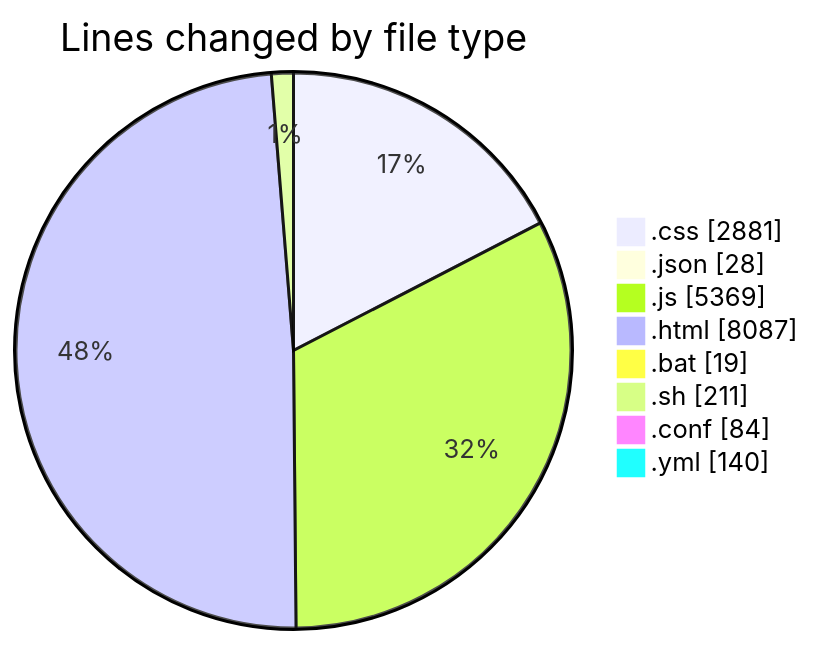
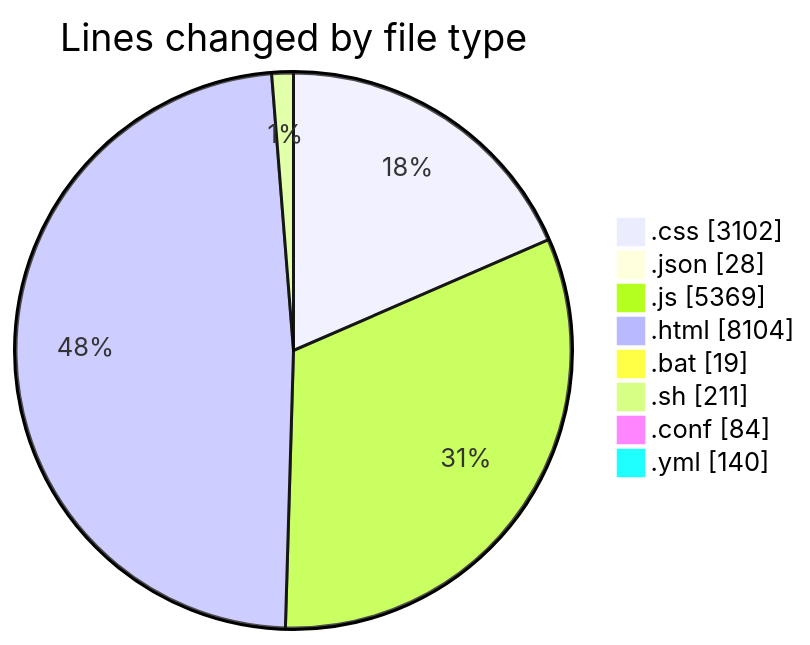
One commit to becaeroporto-bot/code-tracking changed the first of 2 diagrams in 2026-02-18/bot_v1_2/README.md. Above: the diagram before and after it, drawn with Mermaid. The commit also changed other lines of this file and 1 other file, not shown here.

````diff
--- a/2026-02-18/bot_v1_2/README.md
+++ b/2026-02-18/bot_v1_2/README.md
@@ -44,12 +44,12 @@
 ```mermaid
 pie showData
 title Lines changed by file type
-".css" : 2881
+".css" : 3102
 ".json" : 28
 ".js" : 5369
-".html" : 8087
+".html" : 8104
 ".bat" : 19
 ".sh" : 211
 ".conf" : 84
 ".yml" : 140
 ```
````
